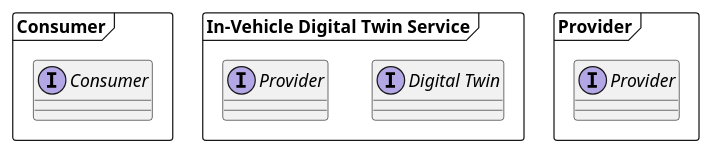
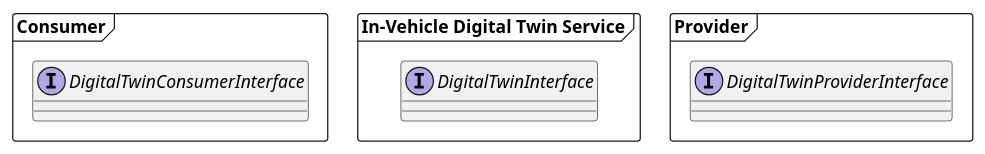
Before and after one commit to eclipse-ibeji/ibeji: the diagram in docs/design/diagrams/ibeji_component.puml, drawn with PlantUML. The commit also changed 71 other files, not shown here.

```diff
--- a/docs/design/diagrams/ibeji_component.puml
+++ b/docs/design/diagrams/ibeji_component.puml
@@ -1,16 +1,15 @@
 @startuml
 
 frame "Consumer" {
-  interface "Consumer" as ConsumerInterface
+  interface DigitalTwinConsumerInterface
 }
 
 frame "In-Vehicle Digital Twin Service" {
-  interface "Digital Twin" as DigitalTwinInterface
-  interface "Provider" as DTProviderInterface
+  interface DigitalTwinInterface
 }
 
 frame "Provider" {
-  interface "Provider" as ProviderInterface
+  interface DigitalTwinProviderInterface
 }
 
 @enduml
```
